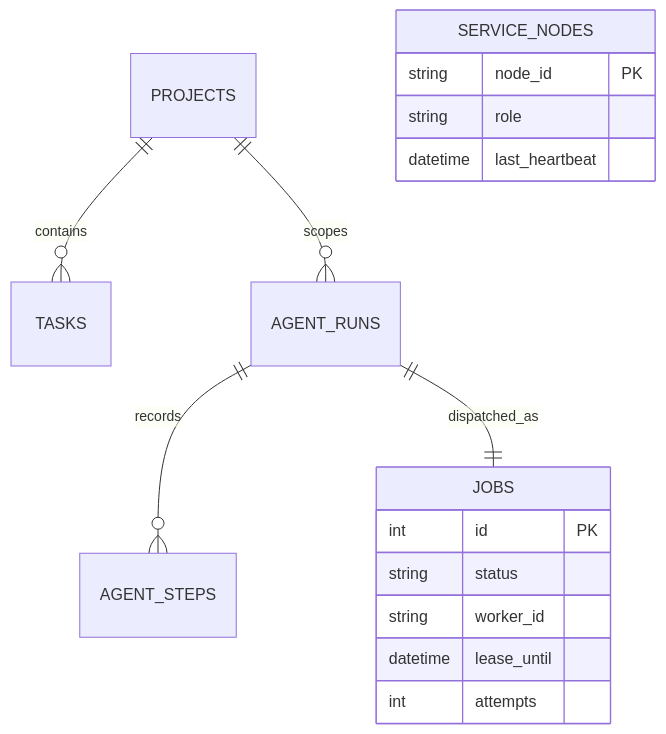
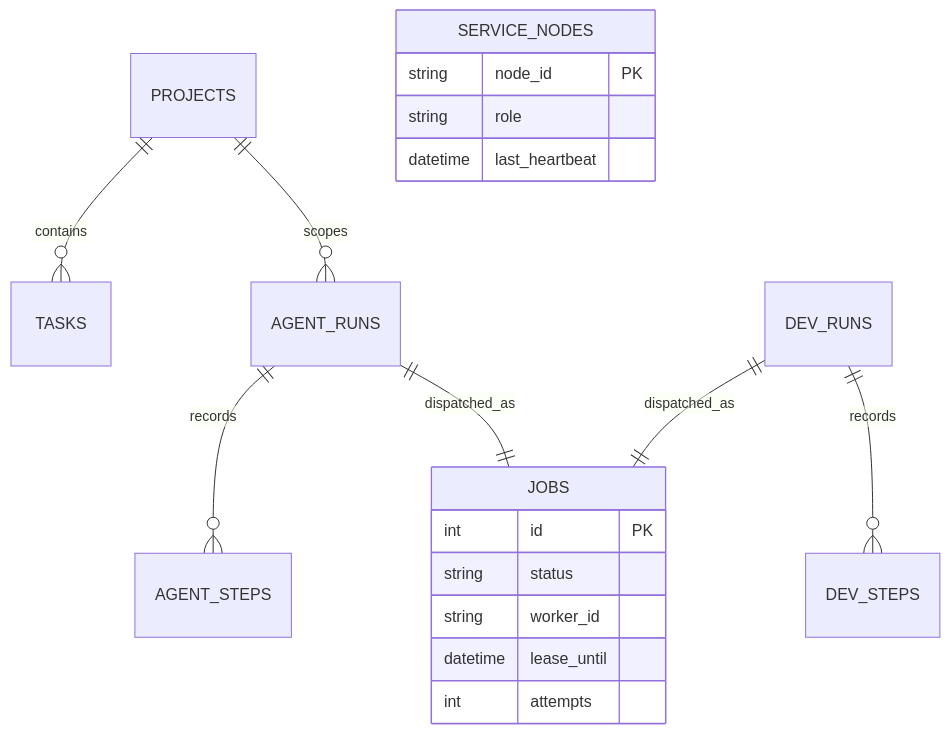
One commit to zhangxiaoji124/C- changed the second of 3 diagrams in docs/architecture.md. Above: the diagram before and after it, drawn with Mermaid. The commit also changed other lines of this file and 22 other files, not shown here.

````diff
--- a/docs/architecture.md
+++ b/docs/architecture.md
@@ -35,19 +35,21 @@
 ```mermaid
 erDiagram
     PROJECTS ||--o{ TASKS : contains
     PROJECTS ||--o{ AGENT_RUNS : scopes
     AGENT_RUNS ||--o{ AGENT_STEPS : records
     AGENT_RUNS ||--|| JOBS : dispatched_as
+    DEV_RUNS ||--o{ DEV_STEPS : records
+    DEV_RUNS ||--|| JOBS : dispatched_as
     SERVICE_NODES {
       string node_id PK
       string role
       datetime last_heartbeat
     }
     JOBS {
       int id PK
       string status
       string worker_id
       datetime lease_until
       int attempts
     }
 ```
````
